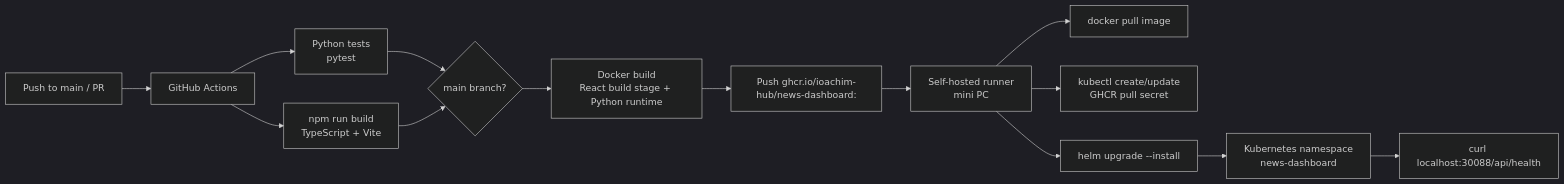
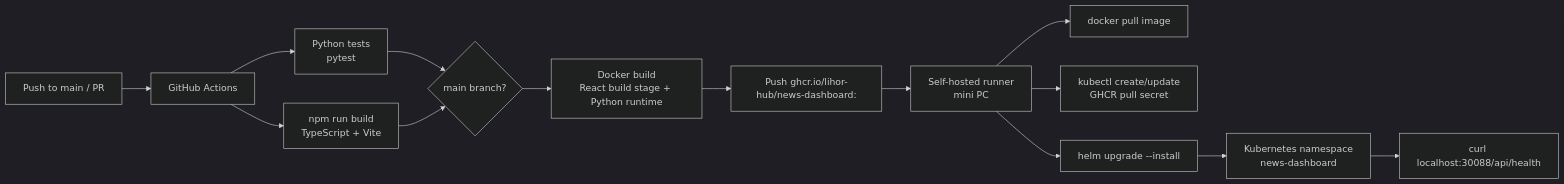
Before and after one commit to lihor-hub/news-dashboard: the fifth of 5 diagrams in docs/ARCHITECTURE.md, drawn with Mermaid (dark theme). The commit also changed 4 other files, not shown here.

First line of the commit message:
chore: update ioachim-hub references to lihor-hub in docs, CI, Helm

````diff
--- a/docs/ARCHITECTURE.md
+++ b/docs/ARCHITECTURE.md
@@ -190,20 +190,20 @@
 ```mermaid
 flowchart LR
   Dev["Push to main / PR"] --> CI["GitHub Actions"]
 
   CI --> Tests["Python tests<br/>pytest"]
   CI --> BuildFrontend["npm run build<br/>TypeScript + Vite"]
 
   Tests --> Publish{"main branch?"}
   BuildFrontend --> Publish
 
   Publish --> Image["Docker build<br/>React build stage + Python runtime"]
-  Image --> GHCR["Push ghcr.io/ioachim-hub/news-dashboard:<sha>"]
+  Image --> GHCR["Push ghcr.io/lihor-hub/news-dashboard:<sha>"]
 
   GHCR --> Runner["Self-hosted runner<br/>mini PC"]
   Runner --> Pull["docker pull image"]
   Runner --> Secret["kubectl create/update<br/>GHCR pull secret"]
   Runner --> Helm["helm upgrade --install"]
   Helm --> K8s["Kubernetes namespace<br/>news-dashboard"]
   K8s --> Smoke["curl localhost:30088/api/health"]
 ```
````
